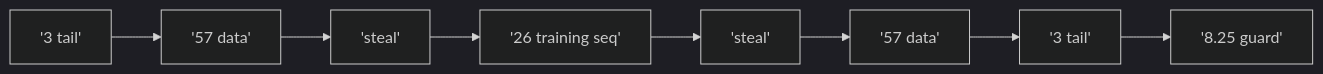
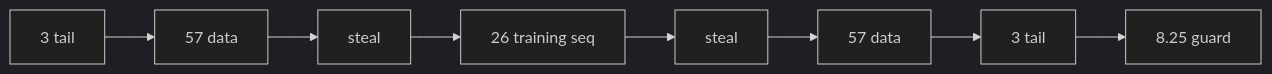
Before and after one commit to mzrf/mzrf.github.io: the first of 4 diagrams in p/3.RF无线技术-蜂窝网-2G.md, drawn with Mermaid (dark theme). The commit also changed other lines of this file, not shown here.

````diff
--- a/p/3.RF无线技术-蜂窝网-2G.md
+++ b/p/3.RF无线技术-蜂窝网-2G.md
@@ -164,5 +164,5 @@
 ```mermaid
 flowchart LR
-  TB["'3 tail'"] --> L57["'57 data'"] --> SF1["'steal'"] --> TSC["'26 training seq'"] --> SF2["'steal'"] --> R57["'57 data'"] --> TE["'3 tail'"] --> GP["'8.25 guard'"]
+  TB["3 tail"] --> L57["57 data"] --> SF1["steal"] --> TSC["26 training seq"] --> SF2["steal"] --> R57["57 data"] --> TE["3 tail"] --> GP["8.25 guard"]
 
 ```
````
